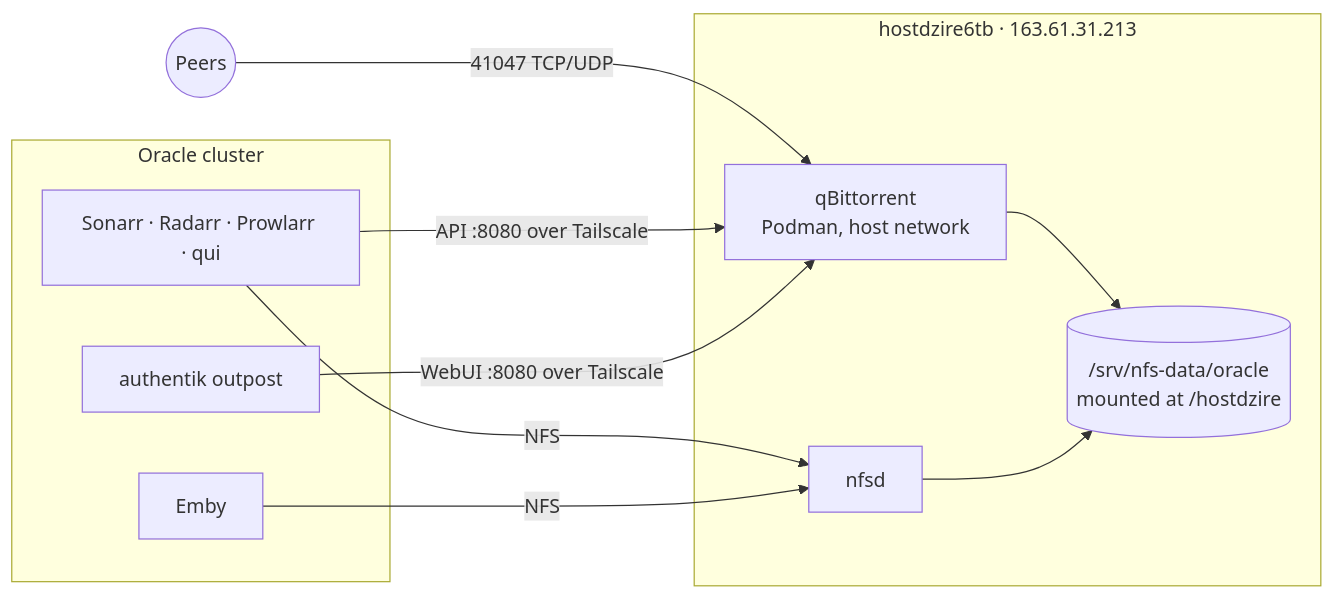
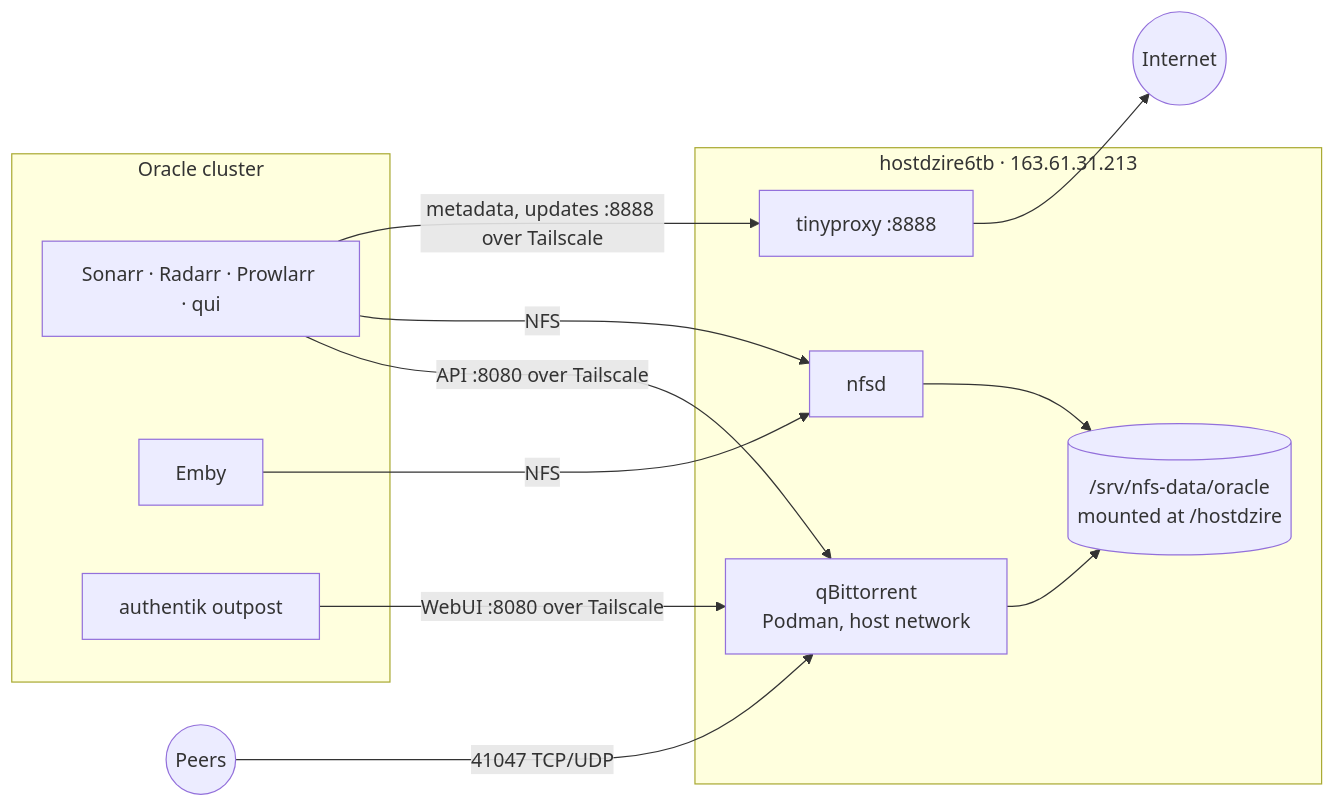
One commit to navaneeth-dev/oracle-ops changed the diagram in docs/operations/qbittorrent-hostdzire.md. Above: the diagram before and after it, drawn with Mermaid. The commit also changed other lines of this file and 3 other files, not shown here.

````diff
--- a/docs/operations/qbittorrent-hostdzire.md
+++ b/docs/operations/qbittorrent-hostdzire.md
@@ -9,17 +9,19 @@
 ```mermaid
 flowchart LR
   peers((Peers)) -- "41047 TCP/UDP" --> qbit
   subgraph hd["hostdzire6tb · 163.61.31.213"]
     qbit["qBittorrent<br/>Podman, host network"] --> srv[("/srv/nfs-data/oracle<br/>mounted at /hostdzire")]
     nfsd[nfsd] --> srv
+    tp["tinyproxy :8888"]
   end
   subgraph oci["Oracle cluster"]
     arr["Sonarr · Radarr · Prowlarr · qui"]
     emby[Emby]
     ak[authentik outpost]
   end
   arr -- "API :8080 over Tailscale" --> qbit
   ak -- "WebUI :8080 over Tailscale" --> qbit
   arr -- NFS --> nfsd
+  arr -- "metadata, updates :8888 over Tailscale" --> tp --> web((Internet))
   emby -- NFS --> nfsd
 ```
````
